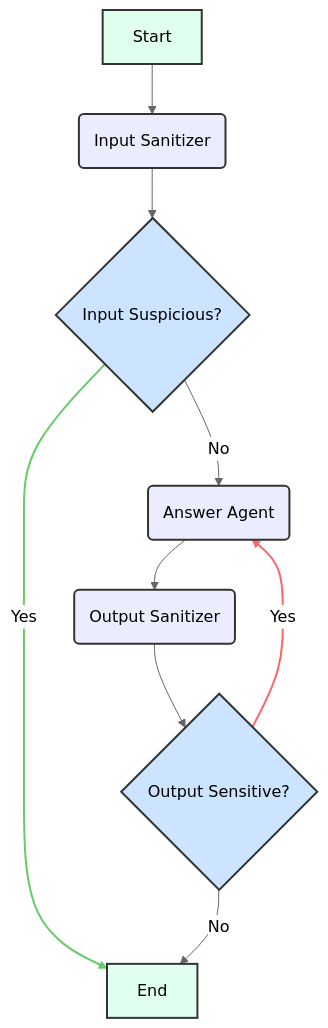
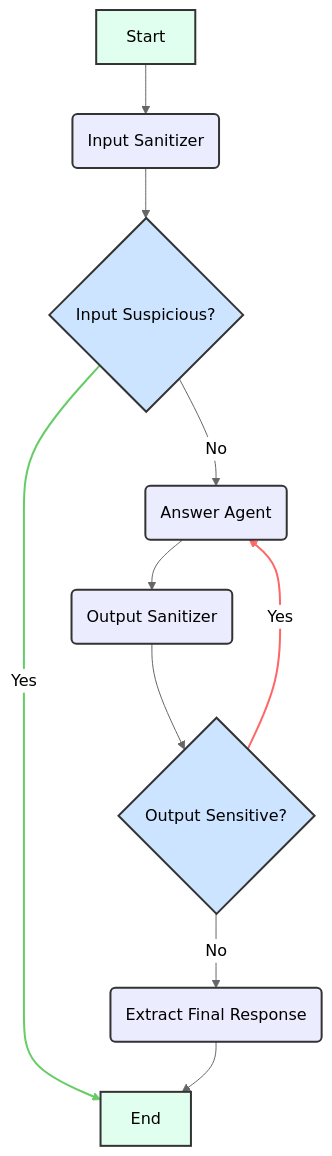
Before and after one commit to yu-iskw/llmops-demo-ts: the diagram in packages/backend/src/agents/secure_agent/README.md, drawn with Mermaid (neutral theme).

````diff
--- a/packages/backend/src/agents/secure_agent/README.md
+++ b/packages/backend/src/agents/secure_agent/README.md
@@ -46,34 +46,37 @@
 ```mermaid
 graph TD
     A[Start] --> B(Input Sanitizer);
     B --> C{Input Suspicious?};
     C -- No --> D(Answer Agent);
     D --> E(Output Sanitizer);
     E --> F{Output Sensitive?};
     F -- Yes --> D;
     C -- Yes --> G[End];
-    F -- No --> G;
+    F -- No --> H(Extract Final Response);
+    H --> G;
 
     %% Node descriptions
     classDef defaultNode fill:#ECECFF,stroke:#333,stroke-width:2px;
     classDef decisionNode fill:#CCE4FF,stroke:#333,stroke-width:2px;
     classDef startEndNode fill:#E0FFEE,stroke:#333,stroke-width:2px;
 
     style A fill:#E0FFEE,stroke:#333,stroke-width:2px;
     style G fill:#E0FFEE,stroke:#333,stroke-width:2px;
     style B fill:#ECECFF,stroke:#333,stroke-width:2px;
     style D fill:#ECECFF,stroke:#333,stroke-width:2px;
     style E fill:#ECECFF,stroke:#333,stroke-width:2px;
+    style H fill:#ECECFF,stroke:#333,stroke-width:2px;
     style C fill:#CCE4FF,stroke:#333,stroke-width:2px;
     style F fill:#CCE4FF,stroke:#333,stroke-width:2px;
 
     linkStyle 5 stroke:#f66,stroke-width:2px;
     linkStyle 6 stroke:#6c6,stroke-width:2px;
 
     click A "packages/backend/src/agents/secure_agent/secureAgent.ts" "SecureAgent Entry Point"
     click B "packages/backend/src/agents/secure_agent/secureAgentNodes.ts#L15-L45" "callInputSanitizer Node Function"
     click D "packages/backend/src/agents/secure_agent/secureAgentNodes.ts#L47-L77" "callRequestAnswerer Node Function"
     click E "packages/backend/src/agents/secure_agent/secureAgentNodes.ts#L79-L108" "callOutputSanitizer Node Function"
+    click H "packages/backend/src/agents/secure_agent/secureAgentNodes.ts#L111-L117" "extractFinalResponse Node Function"
     click C "packages/backend/src/agents/secure_agent/secureAgentBuilder.ts#L34-L49" "Input Sanitizer Conditional Logic"
     click F "packages/backend/src/agents/secure_agent/secureAgentBuilder.ts#L52-L68" "Output Sanitizer Conditional Logic"
 ```
````
